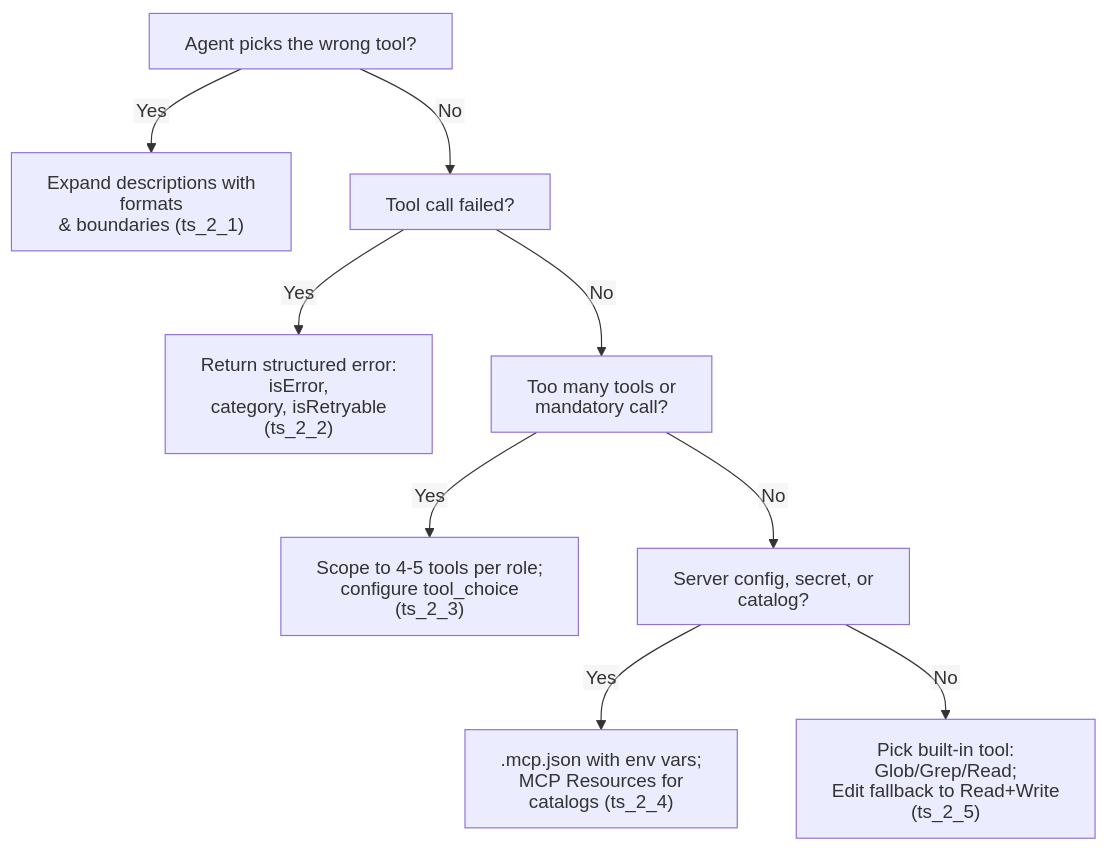
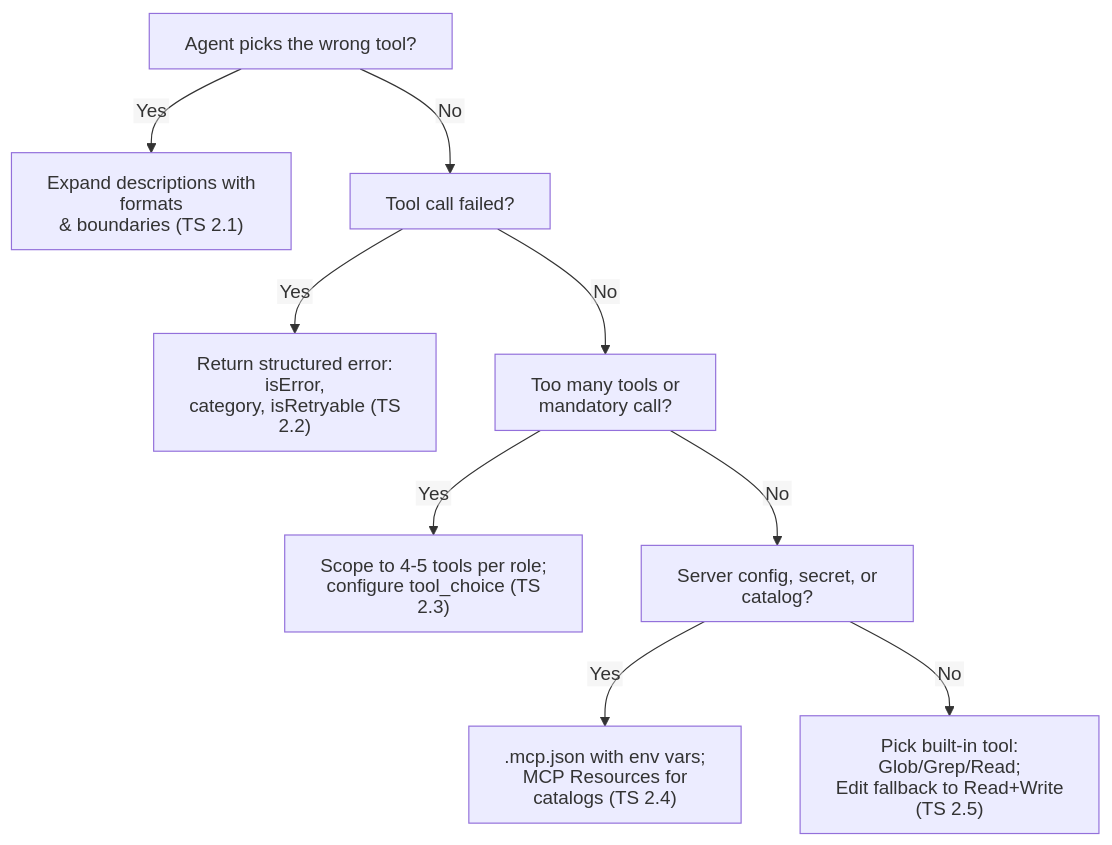
One commit to dip4k/claude_cert_architect_foundation_prep changed the third of 3 diagrams in domain2/README.md. Above: the diagram before and after it, drawn with Mermaid. The commit also changed other lines of this file and 56 other files, not shown here.

Commit message:
docs: improve beginner clarity, flow, Mermaid compliance across domains and expand EXAM_REFRESHER to all 30 TS

````diff
--- a/domain2/README.md
+++ b/domain2/README.md
@@ -128,15 +128,15 @@
 ```mermaid
 ---
 config:
   htmlLabels: false
 ---
 flowchart TD
-    Q1["Agent picks the wrong tool?"] -->|"Yes"| A1["Expand descriptions with formats<br>& boundaries (ts_2_1)"]
+    Q1["Agent picks the wrong tool?"] -->|"Yes"| A1["Expand descriptions with formats<br>& boundaries (TS 2.1)"]
     Q1 -->|"No"| Q2["Tool call failed?"]
-    Q2 -->|"Yes"| A2["Return structured error: isError,<br>category, isRetryable (ts_2_2)"]
+    Q2 -->|"Yes"| A2["Return structured error: isError,<br>category, isRetryable (TS 2.2)"]
     Q2 -->|"No"| Q3["Too many tools or mandatory call?"]
-    Q3 -->|"Yes"| A3["Scope to 4-5 tools per role;<br>configure tool_choice (ts_2_3)"]
+    Q3 -->|"Yes"| A3["Scope to 4-5 tools per role;<br>configure tool_choice (TS 2.3)"]
     Q3 -->|"No"| Q4["Server config, secret, or catalog?"]
-    Q4 -->|"Yes"| A4[".mcp.json with env vars;<br>MCP Resources for catalogs (ts_2_4)"]
-    Q4 -->|"No"| A5["Pick built-in tool: Glob/Grep/Read;<br>Edit fallback to Read+Write (ts_2_5)"]
+    Q4 -->|"Yes"| A4[".mcp.json with env vars;<br>MCP Resources for catalogs (TS 2.4)"]
+    Q4 -->|"No"| A5["Pick built-in tool: Glob/Grep/Read;<br>Edit fallback to Read+Write (TS 2.5)"]
 ```
````
